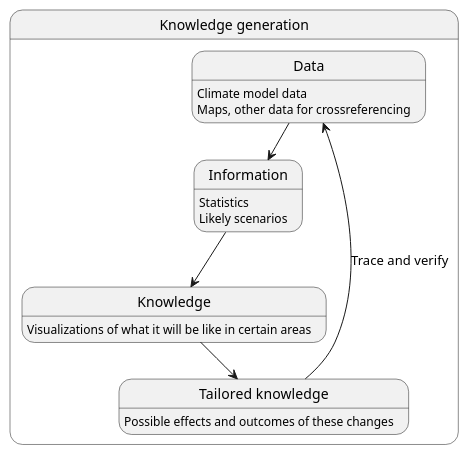
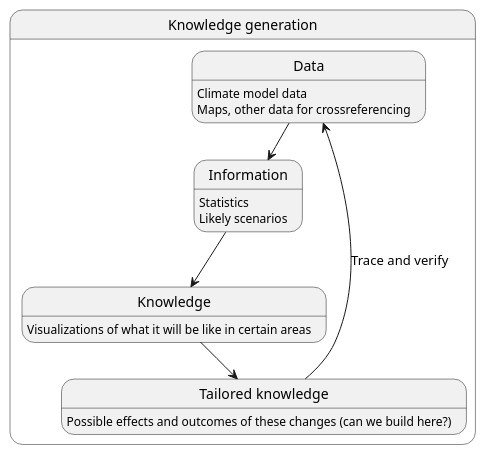
One commit to metno/S-ENDA-documentation changed the diagram in source/information_to_knowledge_klima_bruker.puml. Above: the diagram before and after it, drawn with PlantUML. The commit also changed 4 other files, not shown here.

Commit message:
#210: some added text, and tried to split actors into producers and consumers. We may want to have three diagrams for the consumer case (advanced, intermediate and simple)

```diff
--- a/source/information_to_knowledge_klima_bruker.puml
+++ b/source/information_to_knowledge_klima_bruker.puml
@@ -1,29 +1,29 @@
 @startuml
 
 state "Knowledge generation" as kg {
 
 state Data {
   Data : Climate model data
   Data : Maps, other data for crossreferencing
 }
 
 state Information {
   Information : Statistics 
   Information : Likely scenarios
 }
 
 state Knowledge {
   Knowledge : Visualizations of what it will be like in certain areas
 }
 
 state "Tailored knowledge" as tk {
-  tk : Possible effects and outcomes of these changes
+  tk : Possible effects and outcomes of these changes (can we build here?)
 }
 }
 
 Data --> Information
 Information --> Knowledge
 Knowledge --> tk
 tk --> Data : Trace and verify
 
 @enduml
```
